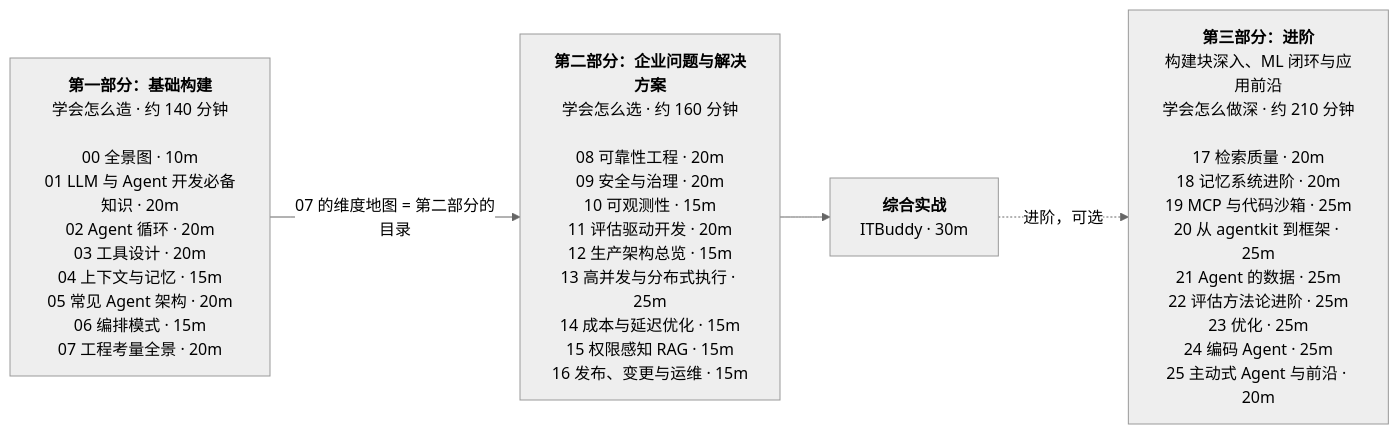
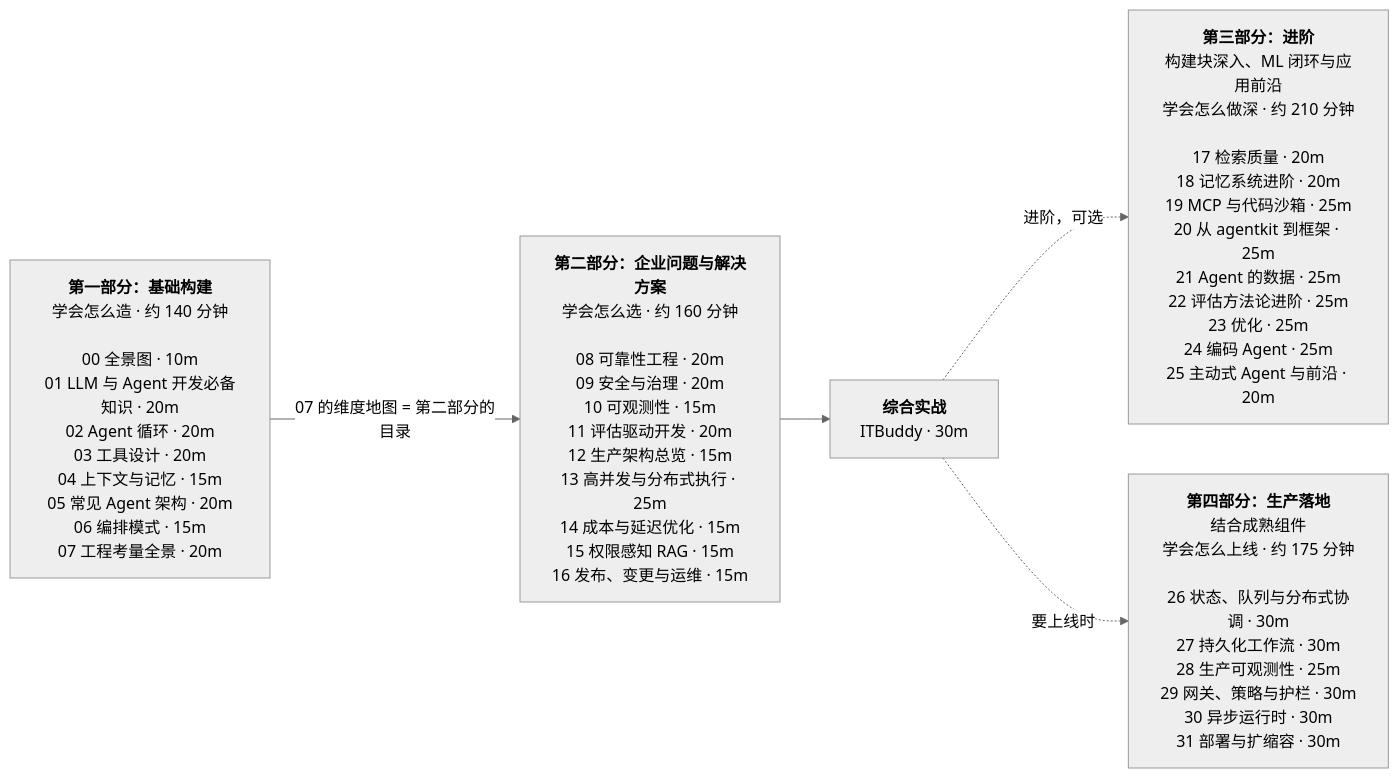
Before and after one commit to heaven999b/hello-agent-system: the fifth of 5 diagrams in lessons/00_overview/README.md, drawn with Mermaid (neutral theme). The commit also changed other lines of this file and 21 other files, not shown here.

Commit message:
docs: integrate Part 4 into lesson 00 roadmap, quiz, lesson template, package docstrings, and cross-links from lessons 08/10/12/13/14/16 and capstone

````diff
--- a/lessons/00_overview/README.md
+++ b/lessons/00_overview/README.md
@@ -188,9 +196,11 @@
 ```mermaid
 flowchart LR
     P1["<b>第一部分：基础构建</b><br/>学会怎么造 · 约 140 分钟<br/><br/>00 全景图 · 10m<br/>01 LLM 与 Agent 开发必备知识 · 20m<br/>02 Agent 循环 · 20m<br/>03 工具设计 · 20m<br/>04 上下文与记忆 · 15m<br/>05 常见 Agent 架构 · 20m<br/>06 编排模式 · 15m<br/>07 工程考量全景 · 20m"]
     P2["<b>第二部分：企业问题与解决方案</b><br/>学会怎么选 · 约 160 分钟<br/><br/>08 可靠性工程 · 20m<br/>09 安全与治理 · 20m<br/>10 可观测性 · 15m<br/>11 评估驱动开发 · 20m<br/>12 生产架构总览 · 15m<br/>13 高并发与分布式执行 · 25m<br/>14 成本与延迟优化 · 15m<br/>15 权限感知 RAG · 15m<br/>16 发布、变更与运维 · 15m"]
     CP["<b>综合实战</b><br/>ITBuddy · 30m"]
     P3["<b>第三部分：进阶</b><br/>构建块深入、ML 闭环与应用前沿<br/>学会怎么做深 · 约 210 分钟<br/><br/>17 检索质量 · 20m<br/>18 记忆系统进阶 · 20m<br/>19 MCP 与代码沙箱 · 25m<br/>20 从 agentkit 到框架 · 25m<br/>21 Agent 的数据 · 25m<br/>22 评估方法论进阶 · 25m<br/>23 优化 · 25m<br/>24 编码 Agent · 25m<br/>25 主动式 Agent 与前沿 · 20m"]
     P1 -->|"07 的维度地图 = 第二部分的目录"| P2 --> CP
+    P4["<b>第四部分：生产落地</b><br/>结合成熟组件<br/>学会怎么上线 · 约 175 分钟<br/><br/>26 状态、队列与分布式协调 · 30m<br/>27 持久化工作流 · 30m<br/>28 生产可观测性 · 25m<br/>29 网关、策略与护栏 · 30m<br/>30 异步运行时 · 30m<br/>31 部署与扩缩容 · 30m"]
     CP -.->|"进阶，可选"| P3
+    CP -.->|"要上线时"| P4
 ```
````
